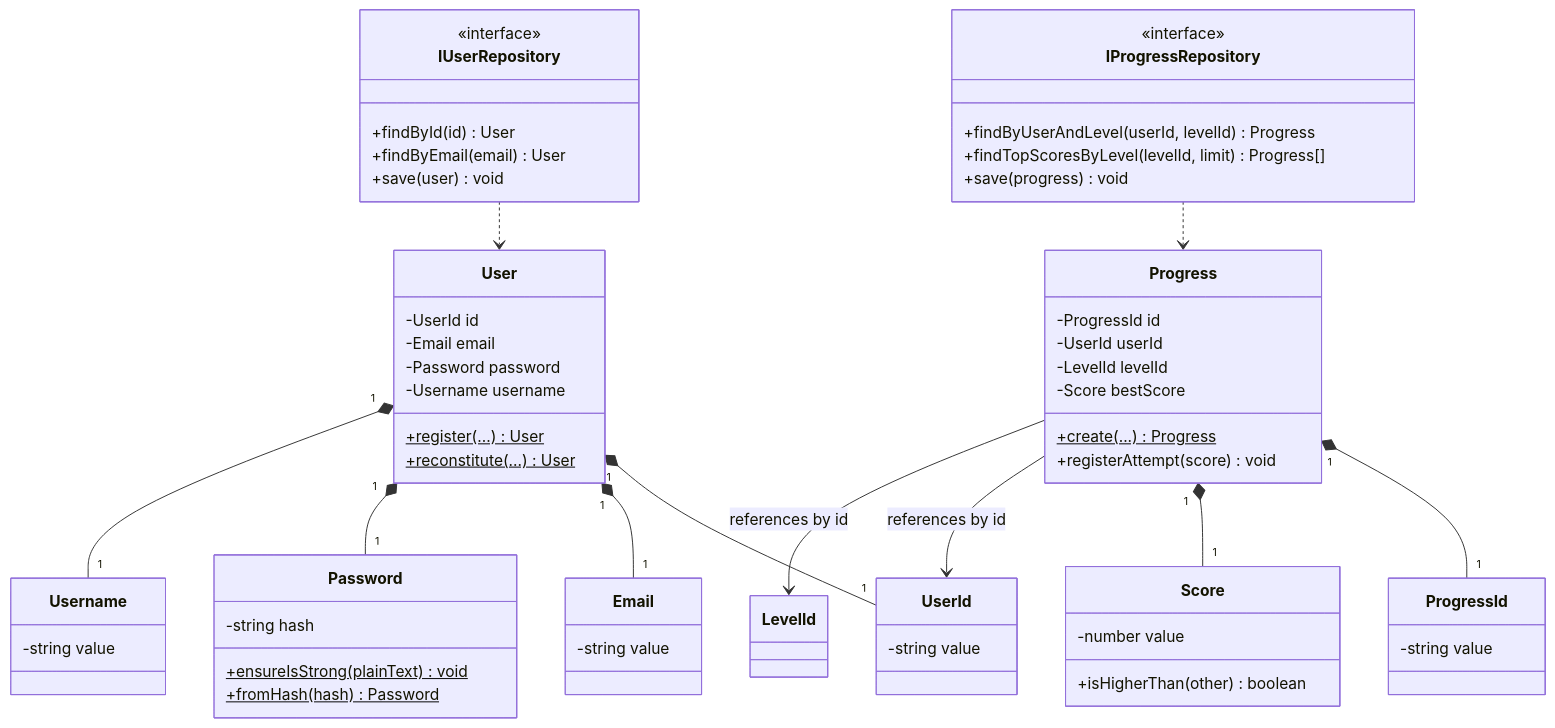
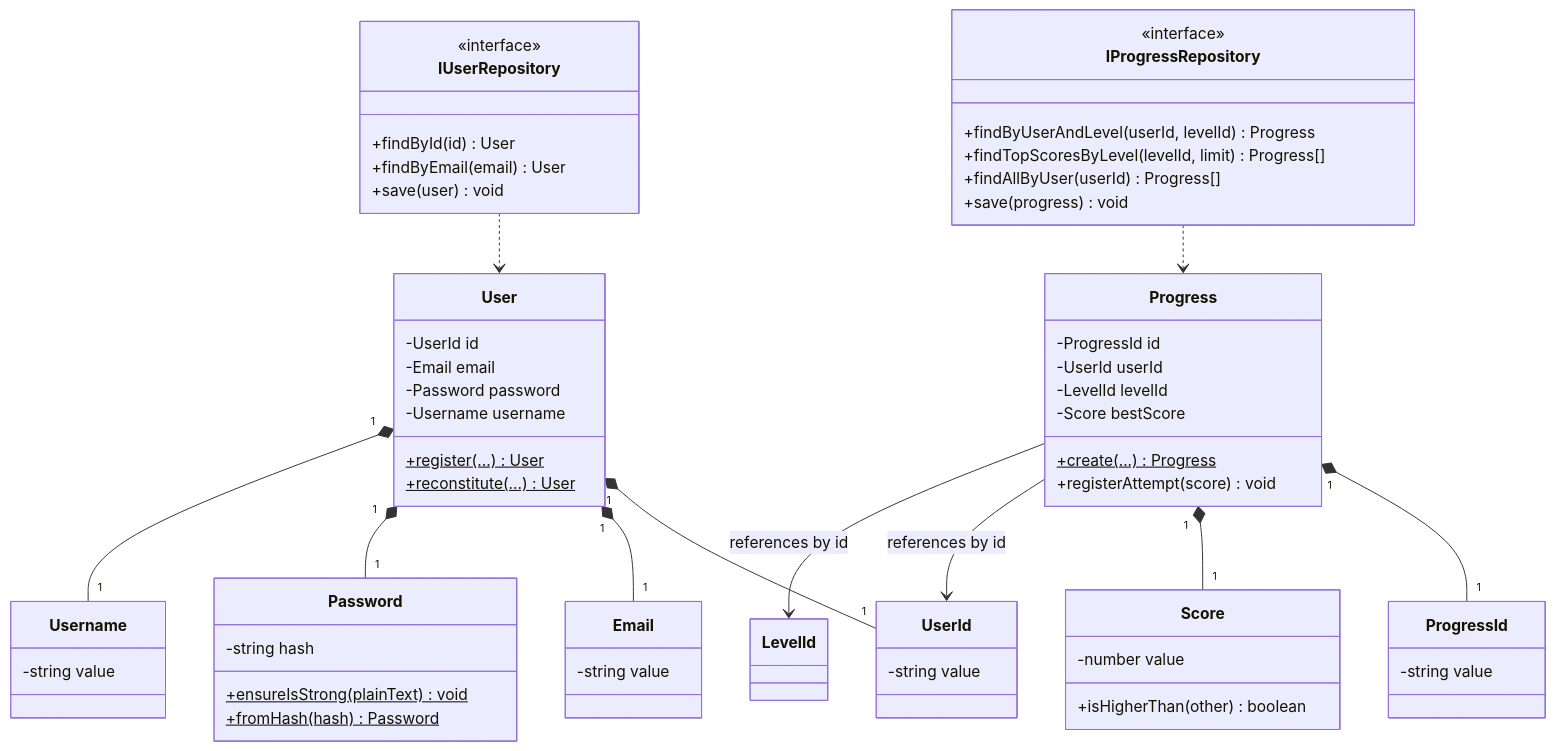
Before and after one commit to JoseMondim22/Back-end-Arrow-Maze-Desarrollo: the third of 5 diagrams in README.md, drawn with Mermaid. The commit also changed other lines of this file, not shown here.

First line of the commit message:
docs: reflect GetPlayerProgress in README class diagrams

````diff
--- a/README.md
+++ b/README.md
@@ -310,57 +310,58 @@
 ```mermaid
 classDiagram
     class User {
         -UserId id
         -Email email
         -Password password
         -Username username
         +register(...)$ User
         +reconstitute(...)$ User
     }
     class UserId { -string value }
     class Email { -string value }
     class Password {
         -string hash
         +ensureIsStrong(plainText)$ void
         +fromHash(hash)$ Password
     }
     class Username { -string value }
     class IUserRepository {
         <<interface>>
         +findById(id) User
         +findByEmail(email) User
         +save(user) void
     }
 
     class Progress {
         -ProgressId id
         -UserId userId
         -LevelId levelId
         -Score bestScore
         +create(...)$ Progress
         +registerAttempt(score) void
     }
     class ProgressId { -string value }
     class Score {
         -number value
         +isHigherThan(other) boolean
     }
     class IProgressRepository {
         <<interface>>
         +findByUserAndLevel(userId, levelId) Progress
         +findTopScoresByLevel(levelId, limit) Progress[]
+        +findAllByUser(userId) Progress[]
         +save(progress) void
     }
 
     User "1" *-- "1" UserId
     User "1" *-- "1" Email
     User "1" *-- "1" Password
     User "1" *-- "1" Username
     IUserRepository ..> User
 
     Progress "1" *-- "1" ProgressId
     Progress "1" *-- "1" Score
     Progress --> UserId : references by id
     Progress --> LevelId : references by id
     IProgressRepository ..> Progress
 ```
````
